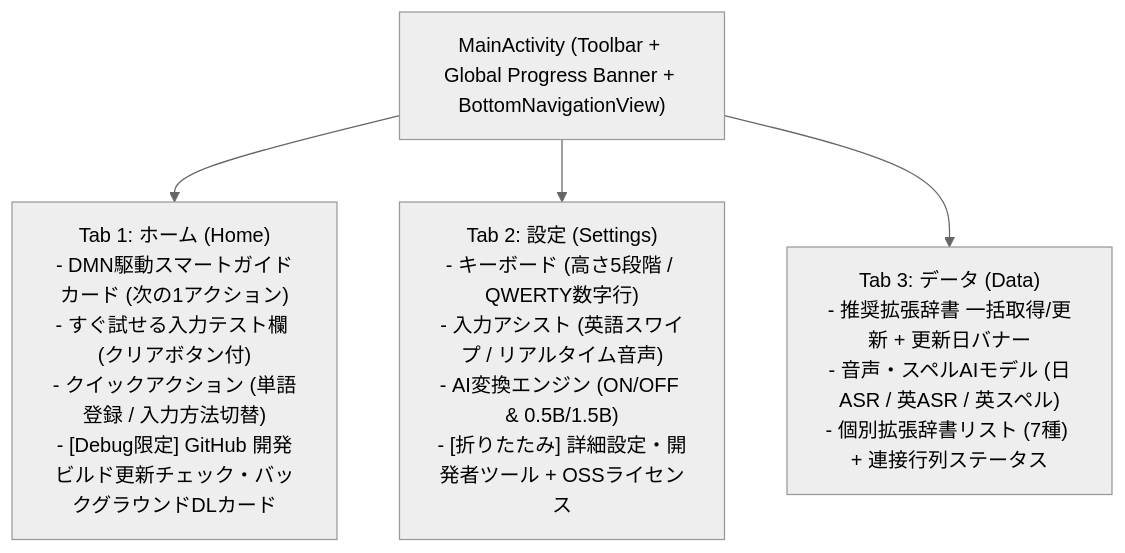
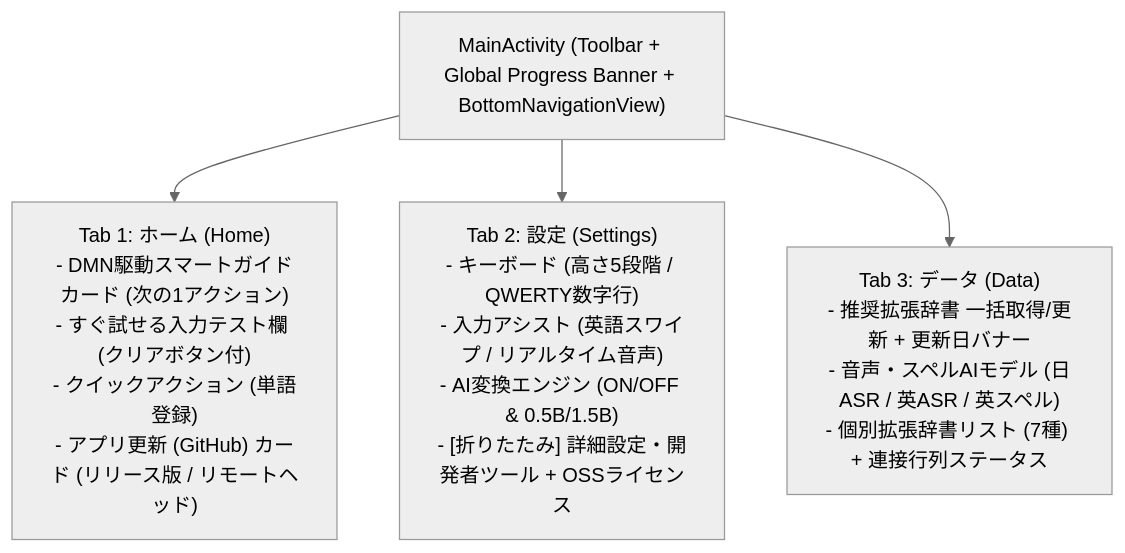
The diagram in docs/prd_and_design_main_app_ui.md (kenichikurihara/jotinput), drawn with Mermaid (neutral theme) before and after one commit. The commit also changed other lines of this file and 8 other files, not shown here.

Commit message:
fix(ui): deduplicate Switch IME button on Home tab and update PRDs/Alloy (#5)

````diff
--- a/docs/prd_and_design_main_app_ui.md
+++ b/docs/prd_and_design_main_app_ui.md
@@ -70,11 +70,11 @@
 ```mermaid
 flowchart TD
     Main["MainActivity (Toolbar + Global Progress Banner + BottomNavigationView)"]
-    TabHome["Tab 1: ホーム (Home)\n- DMN駆動スマートガイドカード (次の1アクション)\n- すぐ試せる入力テスト欄 (クリアボタン付)\n- クイックアクション (単語登録 / 入力方法切替)\n- [Debug限定] GitHub 開発ビルド更新チェック・バックグラウンドDLカード"]
+    TabHome["Tab 1: ホーム (Home)\n- DMN駆動スマートガイドカード (次の1アクション)\n- すぐ試せる入力テスト欄 (クリアボタン付)\n- クイックアクション (単語登録)\n- アプリ更新 (GitHub) カード (リリース版 / リモートヘッド)"]
     TabSettings["Tab 2: 設定 (Settings)\n- キーボード (高さ5段階 / QWERTY数字行)\n- 入力アシスト (英語スワイプ / リアルタイム音声)\n- AI変換エンジン (ON/OFF & 0.5B/1.5B)\n- [折りたたみ] 詳細設定・開発者ツール + OSSライセンス"]
     TabData["Tab 3: データ (Data)\n- 推奨拡張辞書 一括取得/更新 + 更新日バナー\n- 音声・スペルAIモデル (日ASR / 英ASR / 英スペル)\n- 個別拡張辞書リスト (7種) + 連接行列ステータス"]
 
     Main --> TabHome
     Main --> TabSettings
     Main --> TabData
 ```
````
